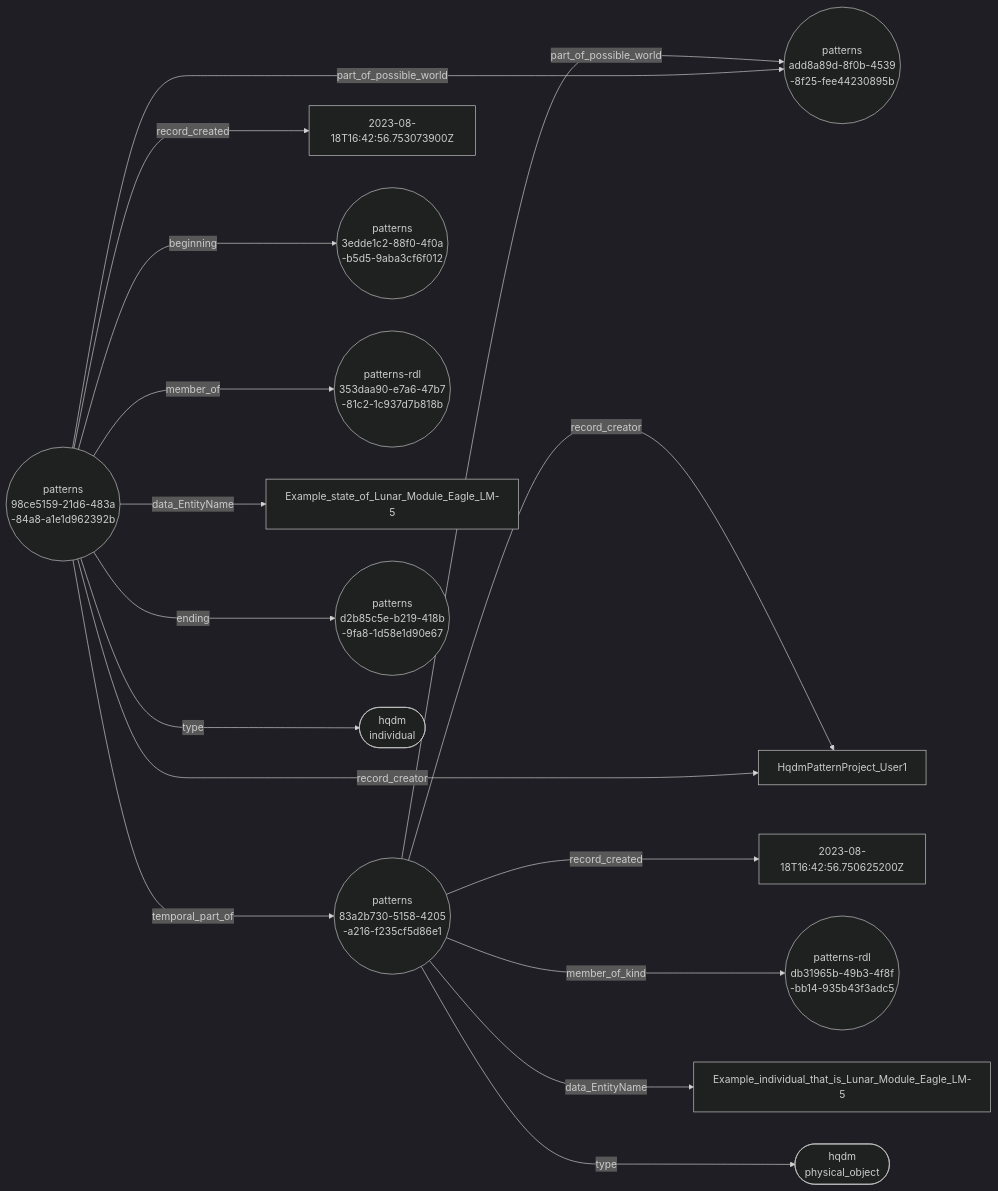
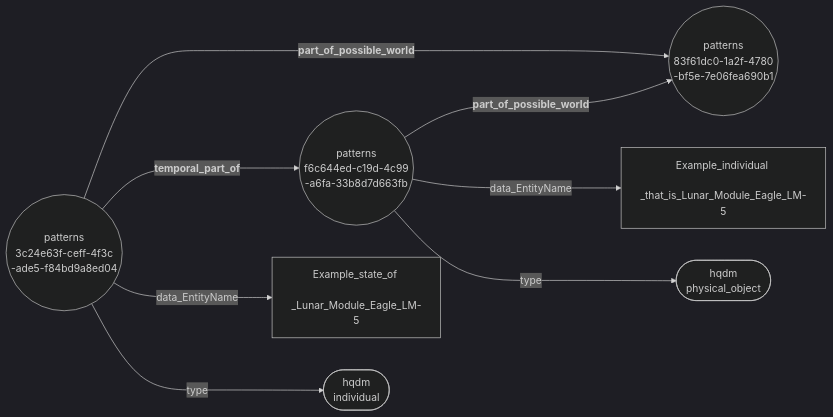
One commit to ClimbingAl/HqdmPatterns changed the diagram in docs/extras/example-files/temporalPartOfAllRelsNodeEdgeGraph.mermaid. Above: the diagram before and after it, drawn with Mermaid (dark theme). The commit also changed 121 other files, not shown here.

Commit message:
Updates to individual example to validate nodeEdge featrues

````diff
--- a/docs/extras/example-files/temporalPartOfAllRelsNodeEdgeGraph.mermaid
+++ b/docs/extras/example-files/temporalPartOfAllRelsNodeEdgeGraph.mermaid
@@ -1,18 +1,10 @@
 ``` mermaid
 graph LR
-  83a2b730-5158-4205-a216-f235cf5d86e1(("patterns <br> 83a2b730-5158-4205 <br> -a216-f235cf5d86e1"))--->|record_created|2023-08-18T16:42:56.750625200Z[2023-08-18T16:42:56.750625200Z];
-  83a2b730-5158-4205-a216-f235cf5d86e1(("patterns <br> 83a2b730-5158-4205 <br> -a216-f235cf5d86e1"))--->|member_of_kind|db31965b-49b3-4f8f-bb14-935b43f3adc5(("patterns-rdl <br> db31965b-49b3-4f8f <br> -bb14-935b43f3adc5"));
-  83a2b730-5158-4205-a216-f235cf5d86e1(("patterns <br> 83a2b730-5158-4205 <br> -a216-f235cf5d86e1"))--->|part_of_possible_world|add8a89d-8f0b-4539-8f25-fee44230895b(("patterns <br> add8a89d-8f0b-4539 <br> -8f25-fee44230895b"));
-  83a2b730-5158-4205-a216-f235cf5d86e1(("patterns <br> 83a2b730-5158-4205 <br> -a216-f235cf5d86e1"))--->|record_creator|HqdmPatternProject_User1[HqdmPatternProject_User1];
-  83a2b730-5158-4205-a216-f235cf5d86e1(("patterns <br> 83a2b730-5158-4205 <br> -a216-f235cf5d86e1"))--->|data_EntityName|Example_individual_that_is_Lunar_Module_Eagle_LM-5[Example_individual_that_is_Lunar_Module_Eagle_LM-5];
-  83a2b730-5158-4205-a216-f235cf5d86e1(("patterns <br> 83a2b730-5158-4205 <br> -a216-f235cf5d86e1"))--->|type|physical_object(["hqdm <br> physical_object"]);
-  98ce5159-21d6-483a-84a8-a1e1d962392b(("patterns <br> 98ce5159-21d6-483a <br> -84a8-a1e1d962392b"))--->|record_created|2023-08-18T16:42:56.753073900Z[2023-08-18T16:42:56.753073900Z];
-  98ce5159-21d6-483a-84a8-a1e1d962392b(("patterns <br> 98ce5159-21d6-483a <br> -84a8-a1e1d962392b"))--->|beginning|3edde1c2-88f0-4f0a-b5d5-9aba3cf6f012(("patterns <br> 3edde1c2-88f0-4f0a <br> -b5d5-9aba3cf6f012"));
-  98ce5159-21d6-483a-84a8-a1e1d962392b(("patterns <br> 98ce5159-21d6-483a <br> -84a8-a1e1d962392b"))--->|part_of_possible_world|add8a89d-8f0b-4539-8f25-fee44230895b(("patterns <br> add8a89d-8f0b-4539 <br> -8f25-fee44230895b"));
-  98ce5159-21d6-483a-84a8-a1e1d962392b(("patterns <br> 98ce5159-21d6-483a <br> -84a8-a1e1d962392b"))--->|record_creator|HqdmPatternProject_User1[HqdmPatternProject_User1];
-  98ce5159-21d6-483a-84a8-a1e1d962392b(("patterns <br> 98ce5159-21d6-483a <br> -84a8-a1e1d962392b"))--->|temporal_part_of|83a2b730-5158-4205-a216-f235cf5d86e1(("patterns <br> 83a2b730-5158-4205 <br> -a216-f235cf5d86e1"));
-  98ce5159-21d6-483a-84a8-a1e1d962392b(("patterns <br> 98ce5159-21d6-483a <br> -84a8-a1e1d962392b"))--->|member_of|353daa90-e7a6-47b7-81c2-1c937d7b818b(("patterns-rdl <br> 353daa90-e7a6-47b7 <br> -81c2-1c937d7b818b"));
-  98ce5159-21d6-483a-84a8-a1e1d962392b(("patterns <br> 98ce5159-21d6-483a <br> -84a8-a1e1d962392b"))--->|data_EntityName|Example_state_of_Lunar_Module_Eagle_LM-5[Example_state_of_Lunar_Module_Eagle_LM-5];
-  98ce5159-21d6-483a-84a8-a1e1d962392b(("patterns <br> 98ce5159-21d6-483a <br> -84a8-a1e1d962392b"))--->|ending|d2b85c5e-b219-418b-9fa8-1d58e1d90e67(("patterns <br> d2b85c5e-b219-418b <br> -9fa8-1d58e1d90e67"));
-  98ce5159-21d6-483a-84a8-a1e1d962392b(("patterns <br> 98ce5159-21d6-483a <br> -84a8-a1e1d962392b"))--->|type|individual(["hqdm <br> individual"]);
+  f6c644ed-c19d-4c99-a6fa-33b8d7d663fb(("patterns <br> f6c644ed-c19d-4c99 <br> -a6fa-33b8d7d663fb"))--->|"<b> part_of_possible_world"|83f61dc0-1a2f-4780-bf5e-7e06fea690b1(("patterns <br> 83f61dc0-1a2f-4780 <br> -bf5e-7e06fea690b1"));
+  f6c644ed-c19d-4c99-a6fa-33b8d7d663fb(("patterns <br> f6c644ed-c19d-4c99 <br> -a6fa-33b8d7d663fb"))--->|"data_EntityName"|Example_individual_that_is_Lunar_Module_Eagle_LM-5["Example_individual <br> _that_is_Lunar_Module_Eagle_LM-5"];
+  f6c644ed-c19d-4c99-a6fa-33b8d7d663fb(("patterns <br> f6c644ed-c19d-4c99 <br> -a6fa-33b8d7d663fb"))--->|"type"|physical_object(["hqdm <br> physical_object"]);
+  3c24e63f-ceff-4f3c-ade5-f84bd9a8ed04(("patterns <br> 3c24e63f-ceff-4f3c <br> -ade5-f84bd9a8ed04"))--->|"<b> part_of_possible_world"|83f61dc0-1a2f-4780-bf5e-7e06fea690b1(("patterns <br> 83f61dc0-1a2f-4780 <br> -bf5e-7e06fea690b1"));
+  3c24e63f-ceff-4f3c-ade5-f84bd9a8ed04(("patterns <br> 3c24e63f-ceff-4f3c <br> -ade5-f84bd9a8ed04"))--->|"<b> temporal_part_of"|f6c644ed-c19d-4c99-a6fa-33b8d7d663fb(("patterns <br> f6c644ed-c19d-4c99 <br> -a6fa-33b8d7d663fb"));
+  3c24e63f-ceff-4f3c-ade5-f84bd9a8ed04(("patterns <br> 3c24e63f-ceff-4f3c <br> -ade5-f84bd9a8ed04"))--->|"data_EntityName"|Example_state_of_Lunar_Module_Eagle_LM-5["Example_state_of <br> _Lunar_Module_Eagle_LM-5"];
+  3c24e63f-ceff-4f3c-ade5-f84bd9a8ed04(("patterns <br> 3c24e63f-ceff-4f3c <br> -ade5-f84bd9a8ed04"))--->|"type"|individual(["hqdm <br> individual"]);
 ```
````
